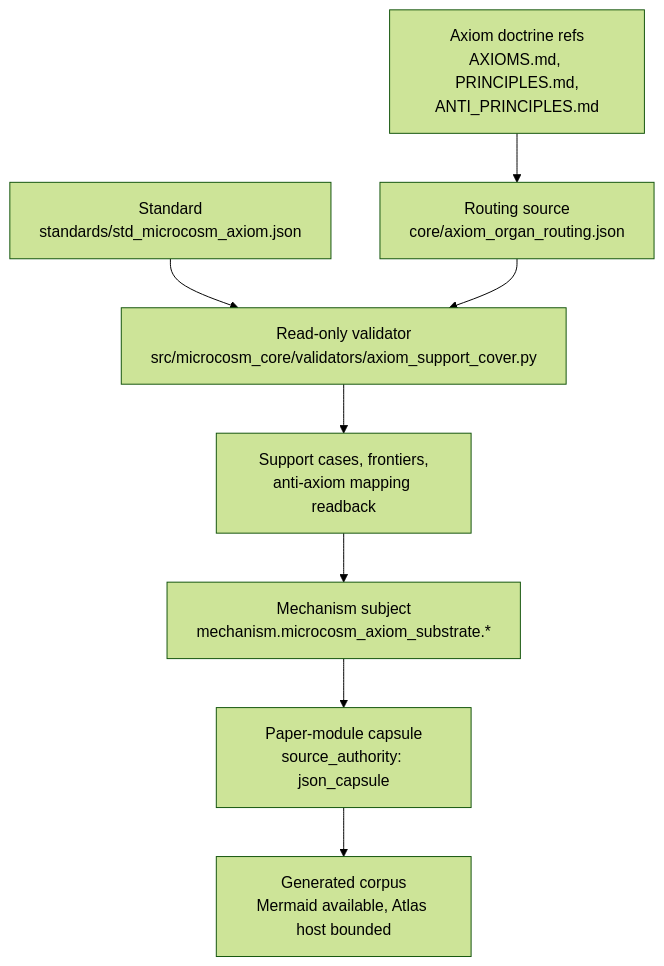
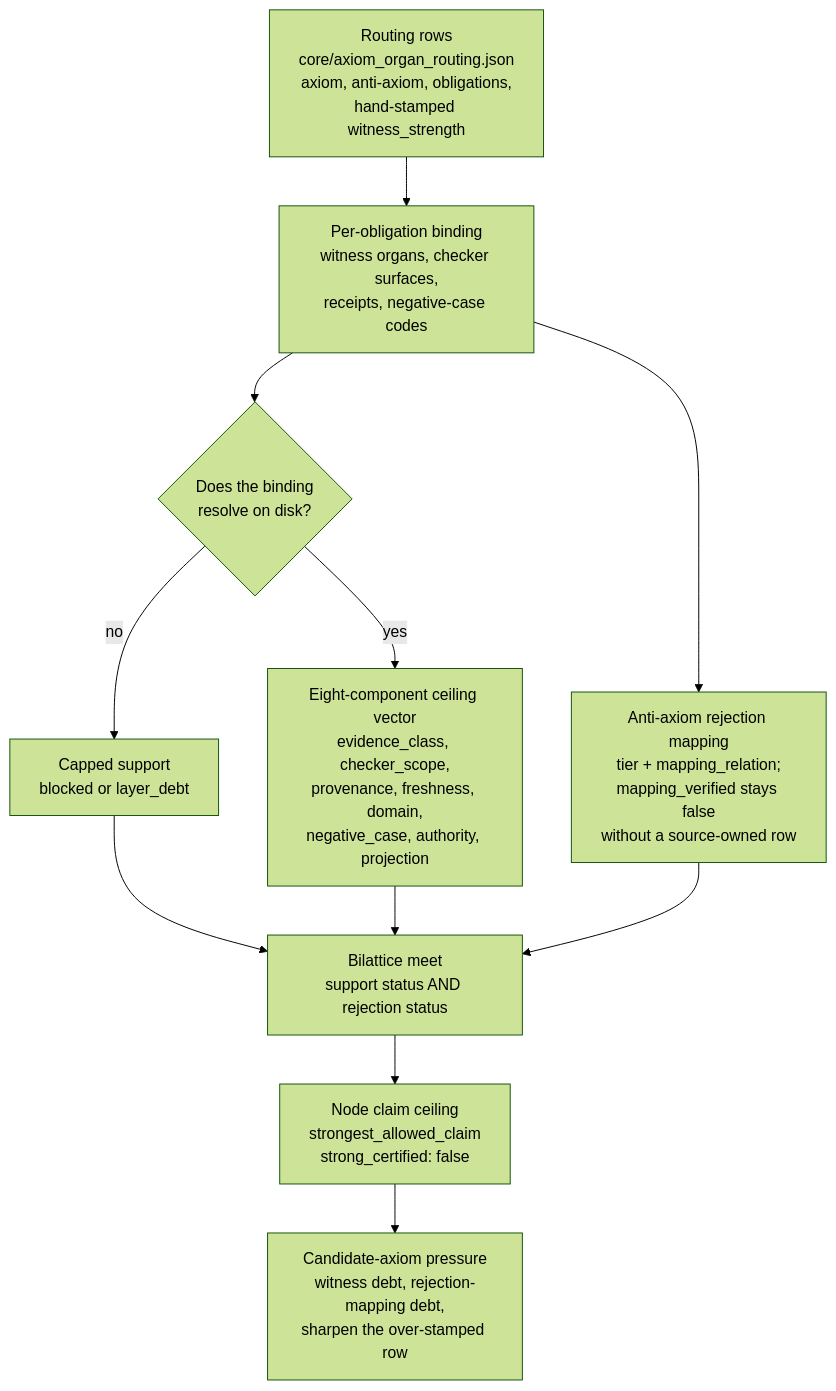
Before and after one commit to wcook04/plectis: the diagram in paper_modules/microcosm_axiom_substrate.md, drawn with Mermaid (forest theme). The commit also changed other lines of this file and 90 other files, not shown here.

First line of the commit message:
microcosm: enrich public paper-module prose and Shape diagrams (91 modules)

````diff
--- a/paper_modules/microcosm_axiom_substrate.md
+++ b/paper_modules/microcosm_axiom_substrate.md
@@ -37,10 +67,19 @@
 ```mermaid
 flowchart TD
-    A["Axiom doctrine refs<br/>AXIOMS.md, PRINCIPLES.md,<br/>ANTI_PRINCIPLES.md"] --> B["Routing source<br/>core/axiom_organ_routing.json"]
-    C["Standard<br/>standards/std_microcosm_axiom.json"] --> D["Read-only validator<br/>src/microcosm_core/validators/axiom_support_cover.py"]
-    B --> D
-    D --> E["Support cases, frontiers,<br/>anti-axiom mapping readback"]
-    E --> F["Mechanism subject<br/>mechanism.microcosm_axiom_substrate.*"]
-    F --> G["Paper-module capsule<br/>source_authority: json_capsule"]
-    G --> H["Generated corpus<br/>Mermaid available, Atlas host bounded"]
+    Routing["Routing rows<br/>core/axiom_organ_routing.json<br/>axiom, anti-axiom, obligations,<br/>hand-stamped witness_strength"]
+    Bind["Per-obligation binding<br/>witness organs, checker surfaces,<br/>receipts, negative-case codes"]
+    Resolve{"Does the binding<br/>resolve on disk?"}
+    Capped["Capped support<br/>blocked or layer_debt"]
+    Ceiling["Eight-component ceiling vector<br/>evidence_class, checker_scope,<br/>provenance, freshness, domain,<br/>negative_case, authority, projection"]
+    Reject["Anti-axiom rejection mapping<br/>tier + mapping_relation;<br/>mapping_verified stays false<br/>without a source-owned row"]
+    Meet["Bilattice meet<br/>support status AND rejection status"]
+    Claim["Node claim ceiling<br/>strongest_allowed_claim<br/>strong_certified: false"]
+    Pressure["Candidate-axiom pressure<br/>witness debt, rejection-mapping debt,<br/>sharpen the over-stamped row"]
+
+    Routing --> Bind --> Resolve
+    Resolve -- "no" --> Capped --> Meet
+    Resolve -- "yes" --> Ceiling --> Meet
+    Bind --> Reject --> Meet
+    Meet --> Claim
+    Claim --> Pressure
 ```
````
